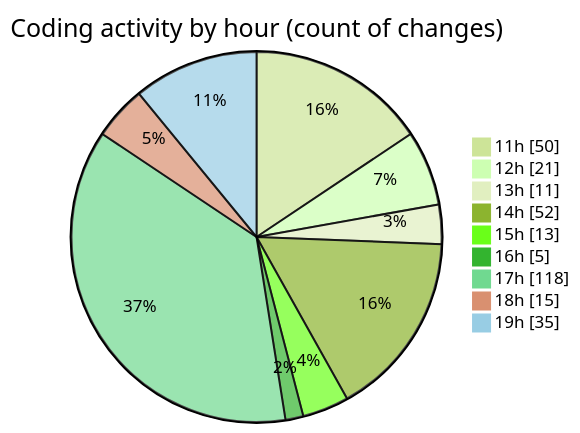
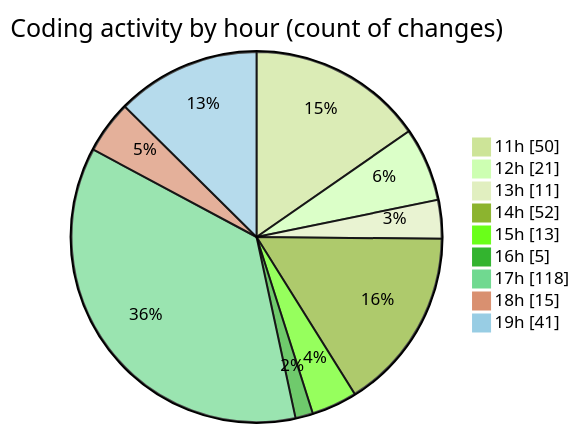
One commit to tmsrecording-cyber/code-tracking changed the second of 2 diagrams in 2026-02-06/singularitybrainai/README.md. Above: the diagram before and after it, drawn with Mermaid (forest theme). The commit also changed other lines of this file and 1 other file, not shown here.

````diff
--- a/2026-02-06/singularitybrainai/README.md
+++ b/2026-02-06/singularitybrainai/README.md
@@ -50,13 +51,13 @@
 ```mermaid
 pie showData
 title Coding activity by hour (count of changes)
 "11h" : 50
 "12h" : 21
 "13h" : 11
 "14h" : 52
 "15h" : 13
 "16h" : 5
 "17h" : 118
 "18h" : 15
-"19h" : 35
+"19h" : 41
 ```
````
